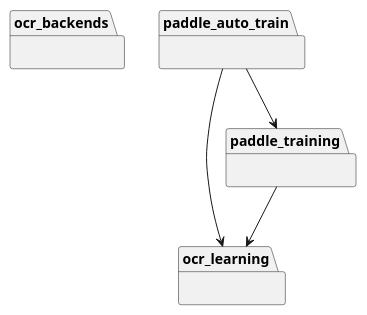
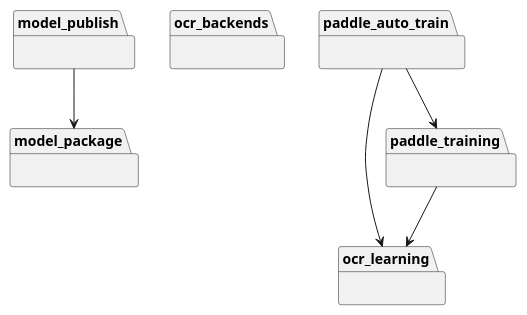
One commit to UeEmon/AI-Gate-System- changed the diagram in docs/generated/learning/packages_GateLearning.puml. Above: the diagram before and after it, drawn with PlantUML. The commit also changed 4 other files, not shown here.

Commit message:
docs: update UML from main code

```diff
--- a/docs/generated/learning/packages_GateLearning.puml
+++ b/docs/generated/learning/packages_GateLearning.puml
@@ -1,14 +1,19 @@
 @startuml packages_GateLearning
 set namespaceSeparator none
+package "model_package" as model_package {
+}
+package "model_publish" as model_publish {
+}
 package "ocr_backends" as ocr_backends {
 }
 package "ocr_learning" as ocr_learning {
 }
 package "paddle_auto_train" as paddle_auto_train {
 }
 package "paddle_training" as paddle_training {
 }
+model_publish --> model_package
 paddle_auto_train --> ocr_learning
 paddle_auto_train --> paddle_training
 paddle_training --> ocr_learning
 @enduml
```
